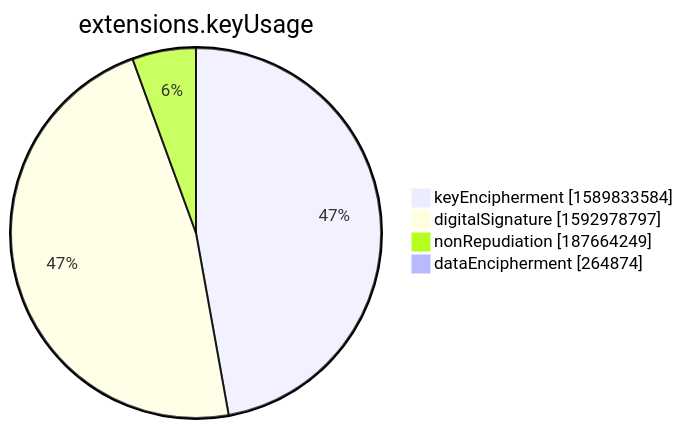
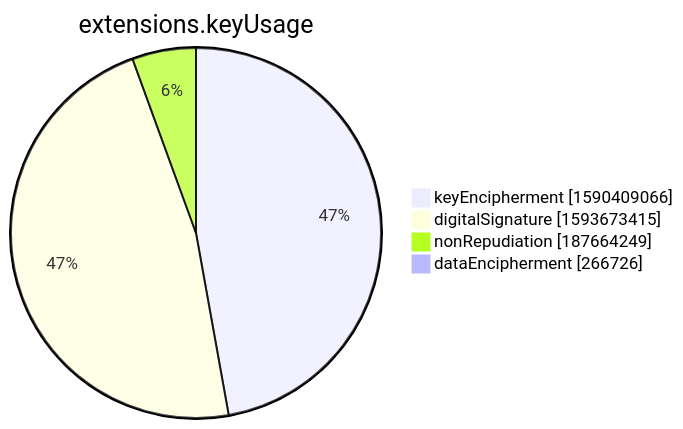
The seventh of 15 diagrams in xenon2022/README.md (christiankrug/ctmonitor_visualization), drawn with Mermaid before and after one commit. The commit also changed other lines of this file, not shown here.

````diff
--- a/xenon2022/README.md
+++ b/xenon2022/README.md
@@ -2854,8 +2854,8 @@
 ```mermaid
 pie showData
 title extensions.keyUsage
-"keyEncipherment" :1589833584
-"digitalSignature" :1592978797
+"keyEncipherment" :1590409066
+"digitalSignature" :1593673415
 "nonRepudiation" :187664249
-"dataEncipherment" :264874
+"dataEncipherment" :266726
 ```
````
